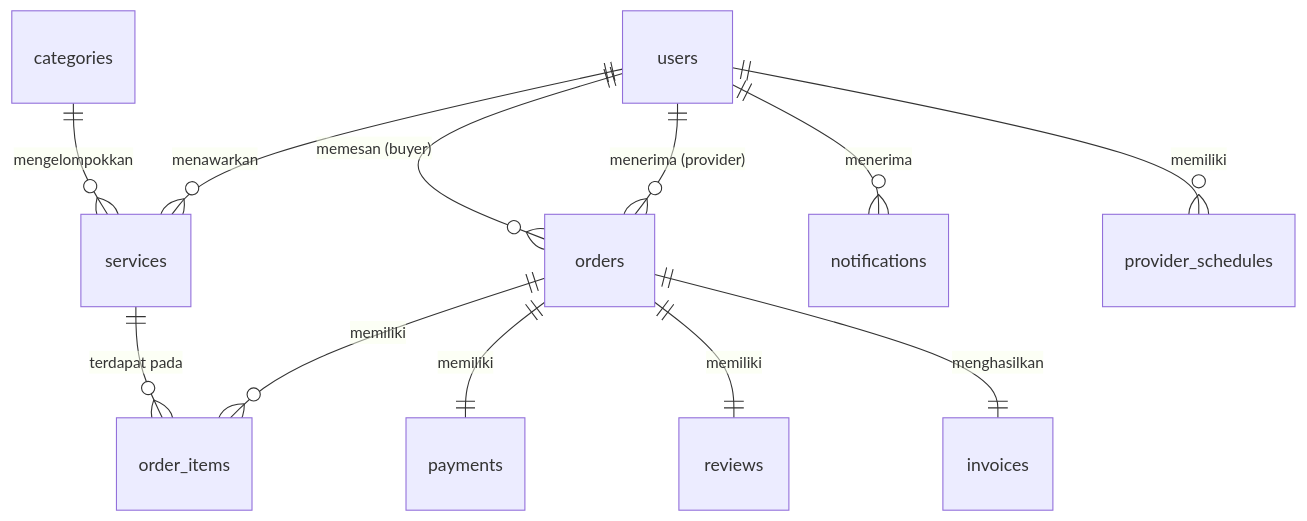
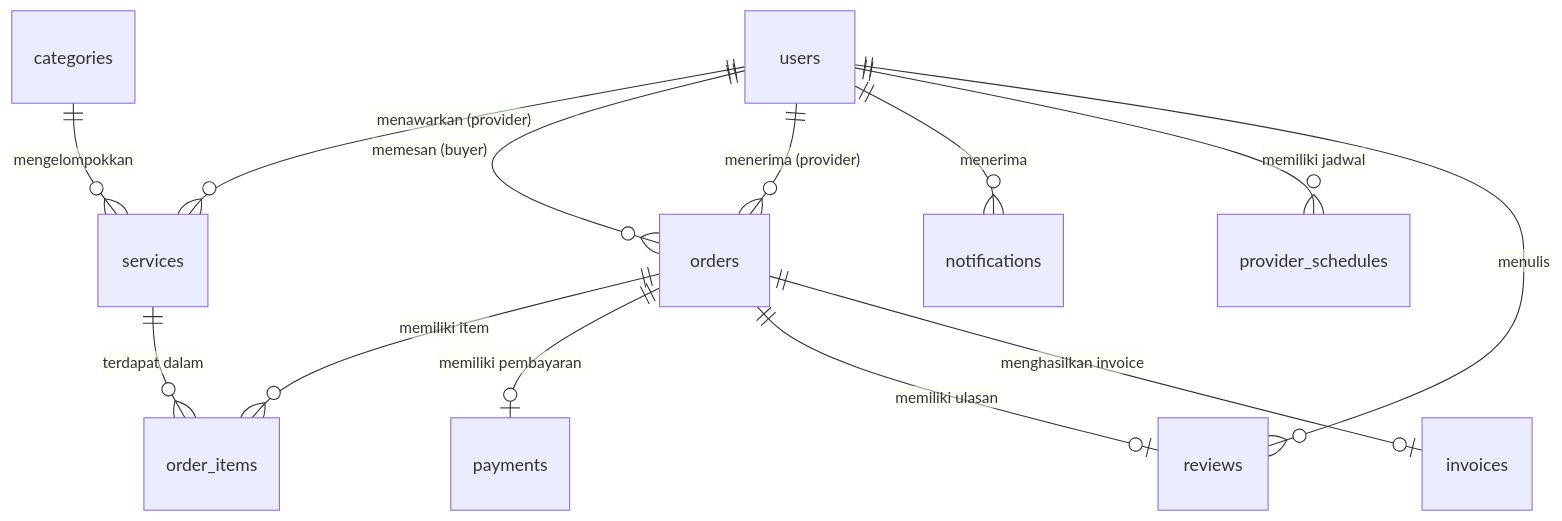
Before and after one commit to PemrogramanWebF4A4-2526Genap/tugasbesar-RafliArydk: the diagram in docs/DATABASE_SCHEMA.md, drawn with Mermaid. The commit also changed other lines of this file and 131 other files, not shown here.

Commit message:
feat: implement full-stack MVC architecture for marketplace service management system

````diff
--- a/docs/DATABASE_SCHEMA.md
+++ b/docs/DATABASE_SCHEMA.md
@@ -13,14 +12,15 @@
 ```mermaid
 erDiagram
-    users ||--o{ services : "menawarkan"
+    users ||--o{ services : "menawarkan (provider)"
     users ||--o{ orders : "memesan (buyer)"
     users ||--o{ orders : "menerima (provider)"
     users ||--o{ notifications : "menerima"
-    users ||--o{ provider_schedules : "memiliki"
+    users ||--o{ provider_schedules : "memiliki jadwal"
+    users ||--o{ reviews : "menulis"
     categories ||--o{ services : "mengelompokkan"
-    services ||--o{ order_items : "terdapat pada"
-    orders ||--o{ order_items : "memiliki"
-    orders ||--|| payments : "memiliki"
-    orders ||--|| reviews : "memiliki"
-    orders ||--|| invoices : "menghasilkan"
+    services ||--o{ order_items : "terdapat dalam"
+    orders ||--o{ order_items : "memiliki item"
+    orders ||--o| payments : "memiliki pembayaran"
+    orders ||--o| reviews : "memiliki ulasan"
+    orders ||--o| invoices : "menghasilkan invoice"
 ```
````
